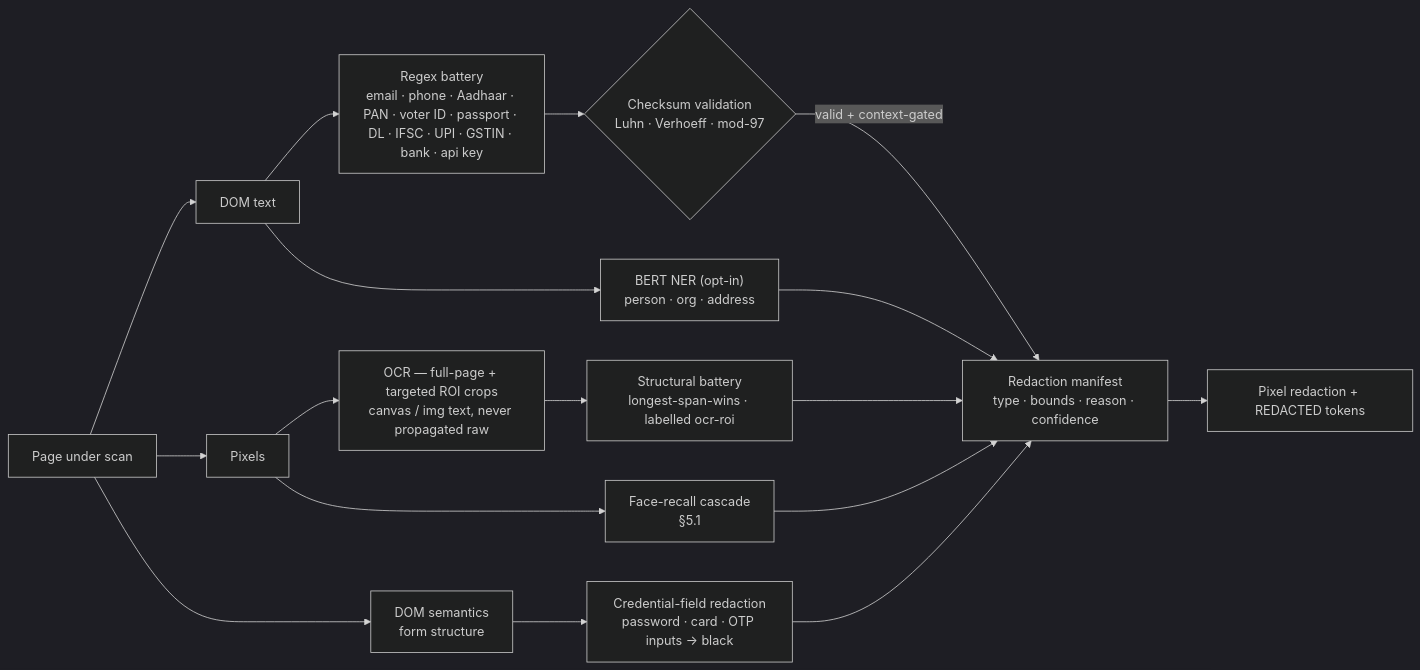
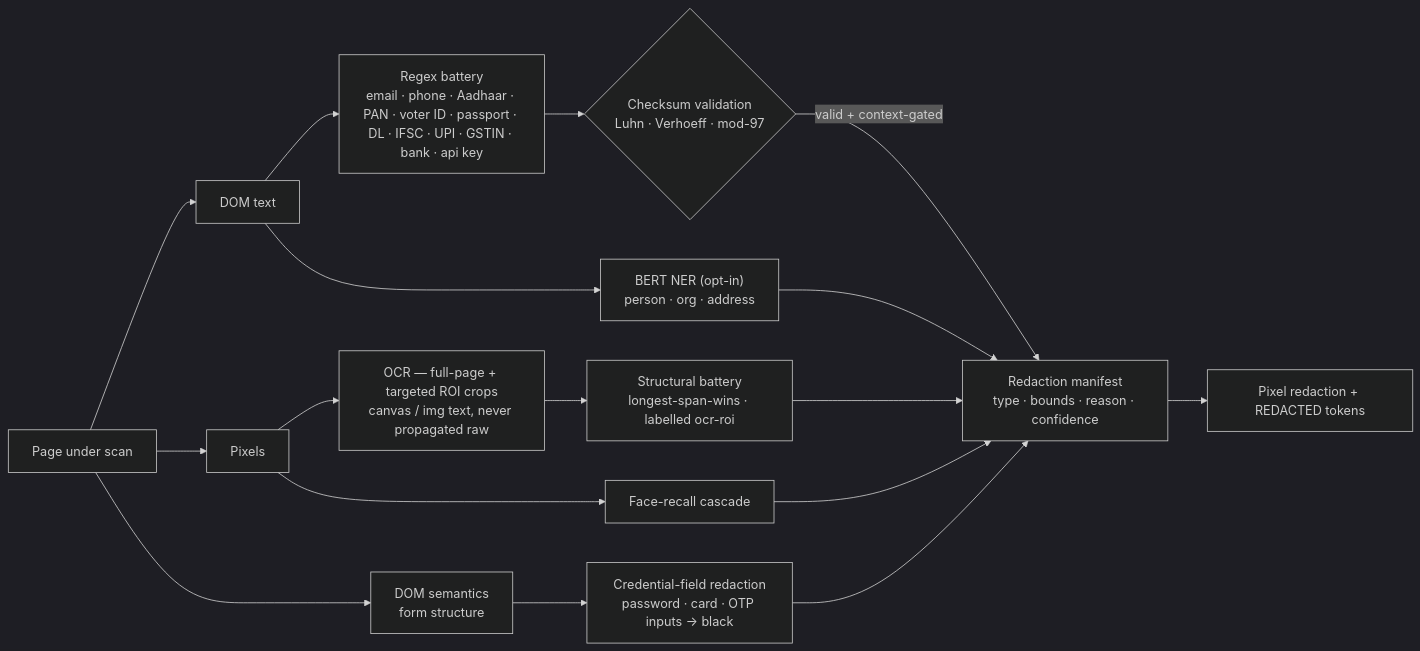
One commit to princechouhan19/OpenCometAI changed the second of 3 diagrams in docs/architecture/PRIVACY_VISION.md. Above: the diagram before and after it, drawn with Mermaid (dark theme). The commit also changed other lines of this file and 77 other files, not shown here.

````diff
--- a/docs/architecture/PRIVACY_VISION.md
+++ b/docs/architecture/PRIVACY_VISION.md
@@ -30,19 +29,19 @@
 ```mermaid
 flowchart LR
   SRC["Page under scan"] --> DOMTXT["DOM text"]
   SRC --> PIX["Pixels"]
   SRC --> SEM["DOM semantics<br/>form structure"]
   DOMTXT --> REG["Regex battery<br/>email · phone · Aadhaar · PAN · voter ID · passport · DL · IFSC · UPI · GSTIN · bank · api key"]
   REG --> CHK{"Checksum validation<br/>Luhn · Verhoeff · mod-97"}
   CHK -->|"valid + context-gated"| MAN["Redaction manifest<br/>type · bounds · reason · confidence"]
   DOMTXT --> NER["BERT NER (opt-in)<br/>person · org · address"]
   PIX --> OCR["OCR — full-page + targeted ROI crops<br/>canvas / img text, never propagated raw"]
   OCR --> BAT["Structural battery<br/>longest-span-wins · labelled ocr-roi"]
   SEM --> CRED["Credential-field redaction<br/>password · card · OTP inputs → black"]
-  PIX --> FC["Face-recall cascade<br/>§5.1"]
+  PIX --> FC["Face-recall cascade"]
   NER --> MAN
   BAT --> MAN
   CRED --> MAN
   FC --> MAN
   MAN --> OUT2["Pixel redaction + REDACTED tokens"]
 ```
````
